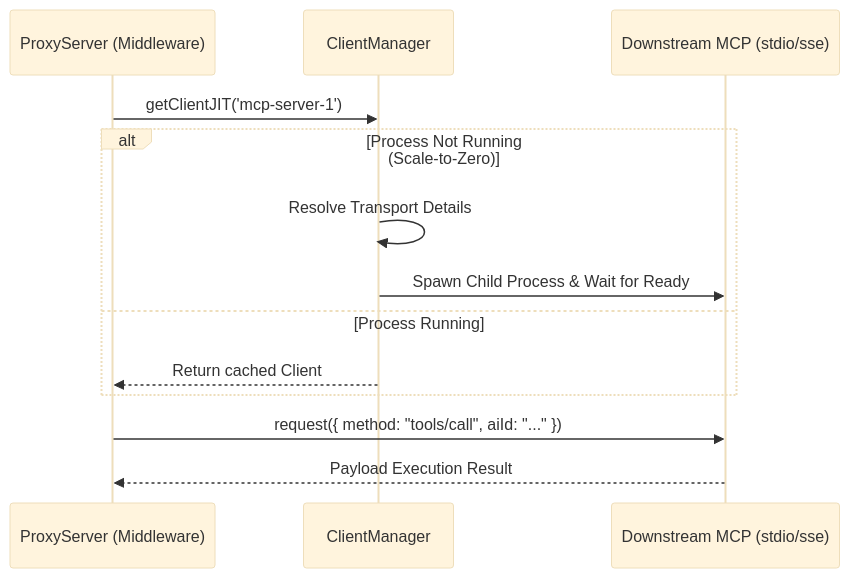
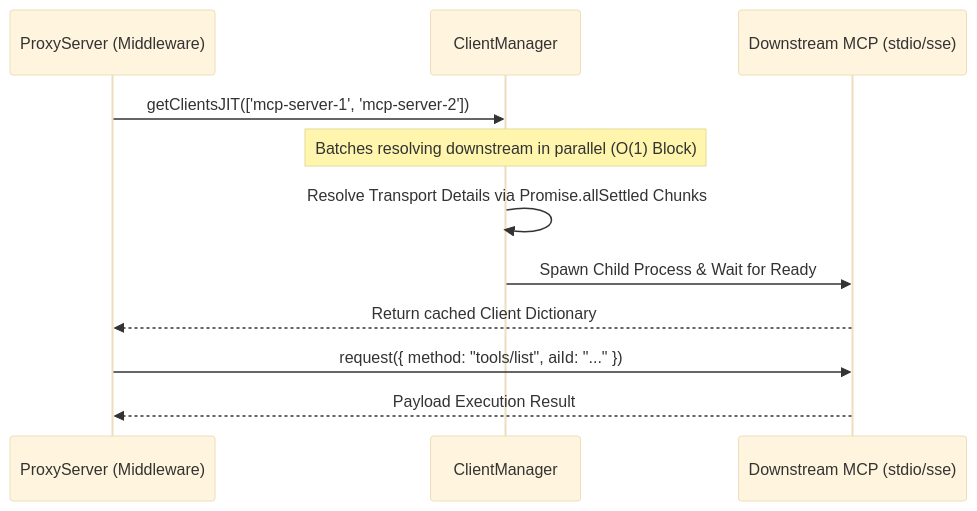
Before and after one commit to Cyber-Sec-Space/aag-core: the first of 10 diagrams in ARCHITECTURE.md, drawn with Mermaid (base theme). The commit also changed other lines of this file and 1 other file, not shown here.

Commit message:
docs: update architecture flow charts and README to reflect v3 O(1) concurrent dispatch and LRU bounds

````diff
--- a/ARCHITECTURE.md
+++ b/ARCHITECTURE.md
@@ -26,16 +26,14 @@
 ```mermaid
 sequenceDiagram
     participant Proxy as ProxyServer (Middleware)
     participant CM as ClientManager
     participant Subprocess as Downstream MCP (stdio/sse)
     
-    Proxy->>CM: getClientJIT('mcp-server-1')
-    alt Process Not Running (Scale-to-Zero)
-        CM->>CM: Resolve Transport Details
-        CM->>Subprocess: Spawn Child Process & Wait for Ready
-    else Process Running
-        CM-->>Proxy: Return cached Client
-    end
-    Proxy->>Subprocess: request({ method: "tools/call", aiId: "..." })
+    Proxy->>CM: getClientsJIT(['mcp-server-1', 'mcp-server-2'])
+    Note over CM: Batches resolving downstream in parallel (O(1) Block)
+    CM->>CM: Resolve Transport Details via Promise.allSettled Chunks
+    CM->>Subprocess: Spawn Child Process & Wait for Ready
+    Subprocess-->>Proxy: Return cached Client Dictionary
+    Proxy->>Subprocess: request({ method: "tools/list", aiId: "..." })
     Subprocess-->>Proxy: Payload Execution Result
 ```
````
